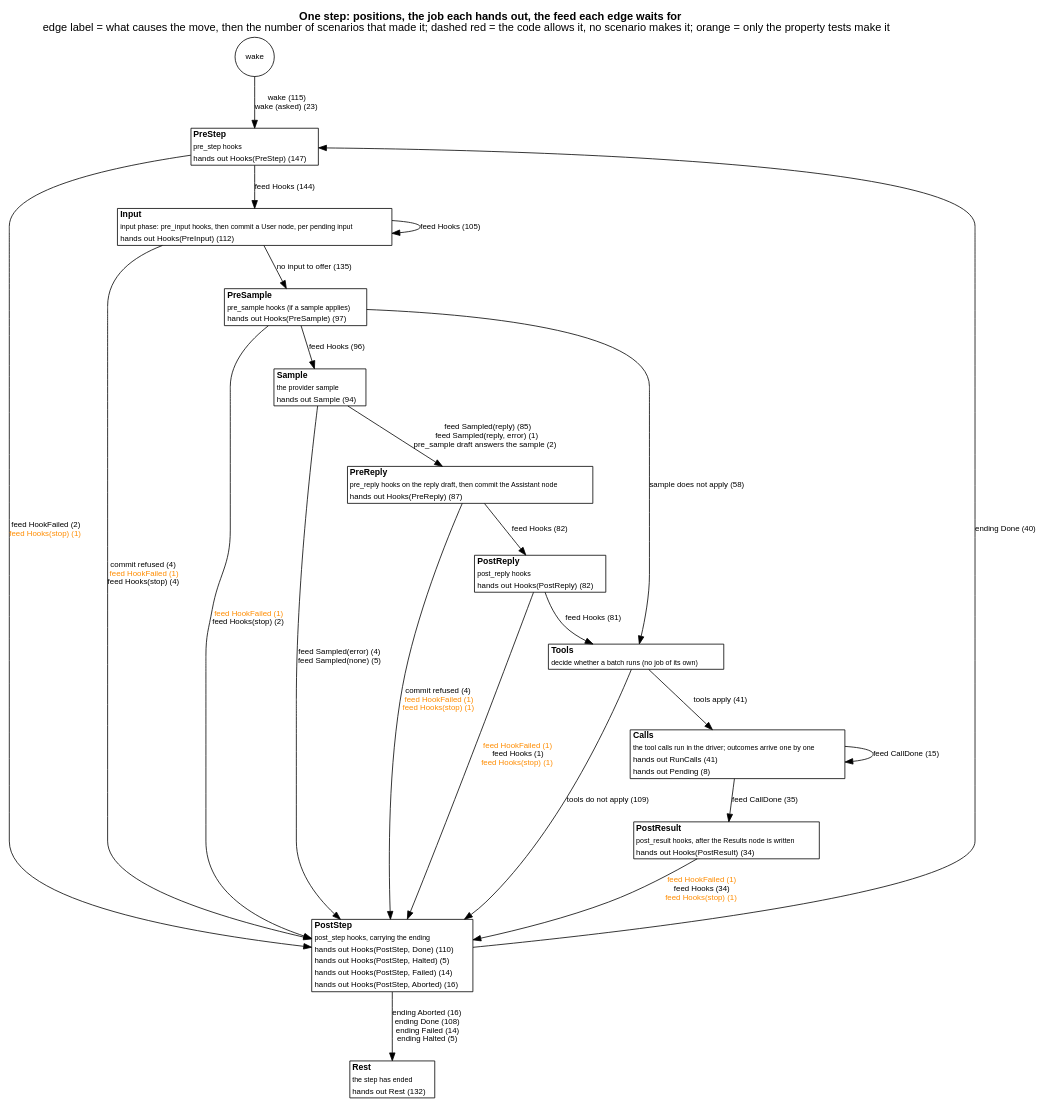
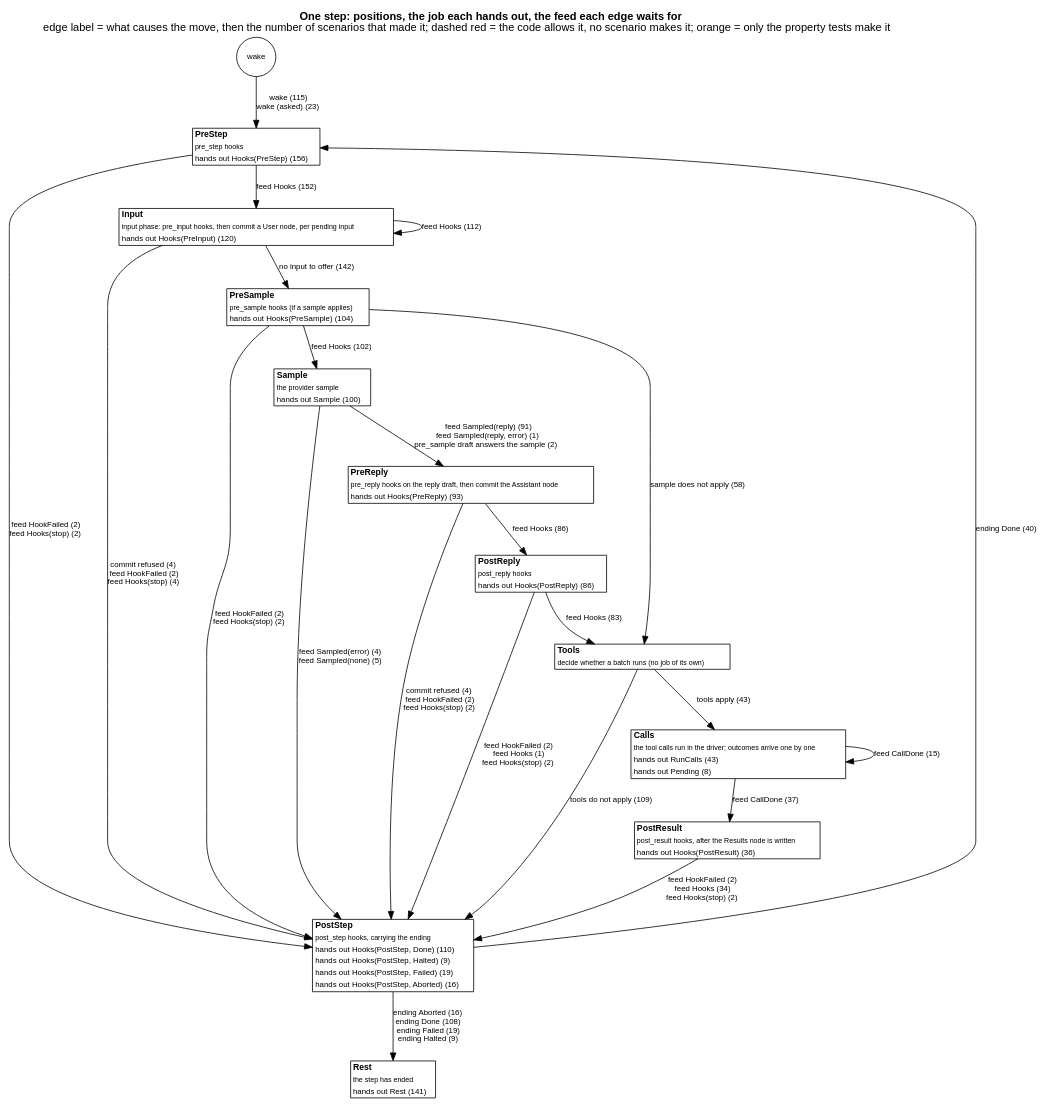
One commit to jmccardle/tau changed the diagram in docs/as-built/diagrams/step-positions.dot. Above: the diagram before and after it, drawn with Graphviz. The commit also changed 27 other files, not shown here.

First line of the commit message:
Wave 3 core: split Step::feed/job, extract Tree, named tests, drop _client

```diff
--- a/docs/as-built/diagrams/step-positions.dot
+++ b/docs/as-built/diagrams/step-positions.dot
@@ -1,40 +1,40 @@
 // Generated by scripts/diagrams.sh from the test suites' transitions. Do not edit.
 digraph step_positions {
   graph [rankdir=TB, fontname="Helvetica", nodesep=0.5, ranksep=0.6, labelloc=t, label=<<b>One step: positions, the job each hands out, the feed each edge waits for</b><br/>edge label = what causes the move, then the number of scenarios that made it; dashed red = the code allows it, no scenario makes it; orange = only the property tests make it>];
   node [shape=plain, fontname="Helvetica", fontsize=11];
   edge [fontname="Helvetica", fontsize=10];
   "(wake)" [shape=circle, label="wake", fontsize=10];
-  "PreStep" [label=<<table border="1" cellborder="0" cellspacing="0" bgcolor="white"><tr><td align="left"><b>PreStep</b></td></tr><tr><td align="left"><font point-size="9">pre_step hooks</font></td></tr><tr><td align="left"><font color="black" point-size="10">hands out Hooks(PreStep) (147)</font></td></tr></table>>];
-  "Input" [label=<<table border="1" cellborder="0" cellspacing="0" bgcolor="white"><tr><td align="left"><b>Input</b></td></tr><tr><td align="left"><font point-size="9">input phase: pre_input hooks, then commit a User node, per pending input</font></td></tr><tr><td align="left"><font color="black" point-size="10">hands out Hooks(PreInput) (112)</font></td></tr></table>>];
-  "PreSample" [label=<<table border="1" cellborder="0" cellspacing="0" bgcolor="white"><tr><td align="left"><b>PreSample</b></td></tr><tr><td align="left"><font point-size="9">pre_sample hooks (if a sample applies)</font></td></tr><tr><td align="left"><font color="black" point-size="10">hands out Hooks(PreSample) (97)</font></td></tr></table>>];
-  "Sample" [label=<<table border="1" cellborder="0" cellspacing="0" bgcolor="white"><tr><td align="left"><b>Sample</b></td></tr><tr><td align="left"><font point-size="9">the provider sample</font></td></tr><tr><td align="left"><font color="black" point-size="10">hands out Sample (94)</font></td></tr></table>>];
-  "PreReply" [label=<<table border="1" cellborder="0" cellspacing="0" bgcolor="white"><tr><td align="left"><b>PreReply</b></td></tr><tr><td align="left"><font point-size="9">pre_reply hooks on the reply draft, then commit the Assistant node</font></td></tr><tr><td align="left"><font color="black" point-size="10">hands out Hooks(PreReply) (87)</font></td></tr></table>>];
-  "PostReply" [label=<<table border="1" cellborder="0" cellspacing="0" bgcolor="white"><tr><td align="left"><b>PostReply</b></td></tr><tr><td align="left"><font point-size="9">post_reply hooks</font></td></tr><tr><td align="left"><font color="black" point-size="10">hands out Hooks(PostReply) (82)</font></td></tr></table>>];
+  "PreStep" [label=<<table border="1" cellborder="0" cellspacing="0" bgcolor="white"><tr><td align="left"><b>PreStep</b></td></tr><tr><td align="left"><font point-size="9">pre_step hooks</font></td></tr><tr><td align="left"><font color="black" point-size="10">hands out Hooks(PreStep) (156)</font></td></tr></table>>];
+  "Input" [label=<<table border="1" cellborder="0" cellspacing="0" bgcolor="white"><tr><td align="left"><b>Input</b></td></tr><tr><td align="left"><font point-size="9">input phase: pre_input hooks, then commit a User node, per pending input</font></td></tr><tr><td align="left"><font color="black" point-size="10">hands out Hooks(PreInput) (120)</font></td></tr></table>>];
+  "PreSample" [label=<<table border="1" cellborder="0" cellspacing="0" bgcolor="white"><tr><td align="left"><b>PreSample</b></td></tr><tr><td align="left"><font point-size="9">pre_sample hooks (if a sample applies)</font></td></tr><tr><td align="left"><font color="black" point-size="10">hands out Hooks(PreSample) (104)</font></td></tr></table>>];
+  "Sample" [label=<<table border="1" cellborder="0" cellspacing="0" bgcolor="white"><tr><td align="left"><b>Sample</b></td></tr><tr><td align="left"><font point-size="9">the provider sample</font></td></tr><tr><td align="left"><font color="black" point-size="10">hands out Sample (100)</font></td></tr></table>>];
+  "PreReply" [label=<<table border="1" cellborder="0" cellspacing="0" bgcolor="white"><tr><td align="left"><b>PreReply</b></td></tr><tr><td align="left"><font point-size="9">pre_reply hooks on the reply draft, then commit the Assistant node</font></td></tr><tr><td align="left"><font color="black" point-size="10">hands out Hooks(PreReply) (93)</font></td></tr></table>>];
+  "PostReply" [label=<<table border="1" cellborder="0" cellspacing="0" bgcolor="white"><tr><td align="left"><b>PostReply</b></td></tr><tr><td align="left"><font point-size="9">post_reply hooks</font></td></tr><tr><td align="left"><font color="black" point-size="10">hands out Hooks(PostReply) (86)</font></td></tr></table>>];
   "Tools" [label=<<table border="1" cellborder="0" cellspacing="0" bgcolor="white"><tr><td align="left"><b>Tools</b></td></tr><tr><td align="left"><font point-size="9">decide whether a batch runs (no job of its own)</font></td></tr></table>>];
-  "Calls" [label=<<table border="1" cellborder="0" cellspacing="0" bgcolor="white"><tr><td align="left"><b>Calls</b></td></tr><tr><td align="left"><font point-size="9">the tool calls run in the driver; outcomes arrive one by one</font></td></tr><tr><td align="left"><font color="black" point-size="10">hands out RunCalls (41)</font></td></tr><tr><td align="left"><font color="black" point-size="10">hands out Pending (8)</font></td></tr></table>>];
-  "PostResult" [label=<<table border="1" cellborder="0" cellspacing="0" bgcolor="white"><tr><td align="left"><b>PostResult</b></td></tr><tr><td align="left"><font point-size="9">post_result hooks, after the Results node is written</font></td></tr><tr><td align="left"><font color="black" point-size="10">hands out Hooks(PostResult) (34)</font></td></tr></table>>];
-  "PostStep" [label=<<table border="1" cellborder="0" cellspacing="0" bgcolor="white"><tr><td align="left"><b>PostStep</b></td></tr><tr><td align="left"><font point-size="9">post_step hooks, carrying the ending</font></td></tr><tr><td align="left"><font color="black" point-size="10">hands out Hooks(PostStep, Done) (110)</font></td></tr><tr><td align="left"><font color="black" point-size="10">hands out Hooks(PostStep, Halted) (5)</font></td></tr><tr><td align="left"><font color="black" point-size="10">hands out Hooks(PostStep, Failed) (14)</font></td></tr><tr><td align="left"><font color="black" point-size="10">hands out Hooks(PostStep, Aborted) (16)</font></td></tr></table>>];
-  "Rest" [label=<<table border="1" cellborder="0" cellspacing="0" bgcolor="white"><tr><td align="left"><b>Rest</b></td></tr><tr><td align="left"><font point-size="9">the step has ended</font></td></tr><tr><td align="left"><font color="black" point-size="10">hands out Rest (132)</font></td></tr></table>>];
+  "Calls" [label=<<table border="1" cellborder="0" cellspacing="0" bgcolor="white"><tr><td align="left"><b>Calls</b></td></tr><tr><td align="left"><font point-size="9">the tool calls run in the driver; outcomes arrive one by one</font></td></tr><tr><td align="left"><font color="black" point-size="10">hands out RunCalls (43)</font></td></tr><tr><td align="left"><font color="black" point-size="10">hands out Pending (8)</font></td></tr></table>>];
+  "PostResult" [label=<<table border="1" cellborder="0" cellspacing="0" bgcolor="white"><tr><td align="left"><b>PostResult</b></td></tr><tr><td align="left"><font point-size="9">post_result hooks, after the Results node is written</font></td></tr><tr><td align="left"><font color="black" point-size="10">hands out Hooks(PostResult) (36)</font></td></tr></table>>];
+  "PostStep" [label=<<table border="1" cellborder="0" cellspacing="0" bgcolor="white"><tr><td align="left"><b>PostStep</b></td></tr><tr><td align="left"><font point-size="9">post_step hooks, carrying the ending</font></td></tr><tr><td align="left"><font color="black" point-size="10">hands out Hooks(PostStep, Done) (110)</font></td></tr><tr><td align="left"><font color="black" point-size="10">hands out Hooks(PostStep, Halted) (9)</font></td></tr><tr><td align="left"><font color="black" point-size="10">hands out Hooks(PostStep, Failed) (19)</font></td></tr><tr><td align="left"><font color="black" point-size="10">hands out Hooks(PostStep, Aborted) (16)</font></td></tr></table>>];
+  "Rest" [label=<<table border="1" cellborder="0" cellspacing="0" bgcolor="white"><tr><td align="left"><b>Rest</b></td></tr><tr><td align="left"><font point-size="9">the step has ended</font></td></tr><tr><td align="left"><font color="black" point-size="10">hands out Rest (141)</font></td></tr></table>>];
   "(wake)" -> "PreStep" [label=<wake (115)<br/>wake (asked) (23)>, color="black", style=solid];
   "Calls" -> "Calls" [label=<feed CallDone (15)>, color="black", style=solid];
-  "Calls" -> "PostResult" [label=<feed CallDone (35)>, color="black", style=solid];
-  "Input" -> "Input" [label=<feed Hooks (105)>, color="black", style=solid];
-  "Input" -> "PostStep" [label=<commit refused (4)<br/><font color="darkorange">feed HookFailed (1)</font><br/>feed Hooks(stop) (4)>, color="black", style=solid];
-  "Input" -> "PreSample" [label=<no input to offer (135)>, color="black", style=solid];
-  "PostReply" -> "PostStep" [label=<<font color="darkorange">feed HookFailed (1)</font><br/>feed Hooks (1)<br/><font color="darkorange">feed Hooks(stop) (1)</font>>, color="black", style=solid];
-  "PostReply" -> "Tools" [label=<feed Hooks (81)>, color="black", style=solid];
-  "PostResult" -> "PostStep" [label=<<font color="darkorange">feed HookFailed (1)</font><br/>feed Hooks (34)<br/><font color="darkorange">feed Hooks(stop) (1)</font>>, color="black", style=solid];
+  "Calls" -> "PostResult" [label=<feed CallDone (37)>, color="black", style=solid];
+  "Input" -> "Input" [label=<feed Hooks (112)>, color="black", style=solid];
+  "Input" -> "PostStep" [label=<commit refused (4)<br/>feed HookFailed (2)<br/>feed Hooks(stop) (4)>, color="black", style=solid];
+  "Input" -> "PreSample" [label=<no input to offer (142)>, color="black", style=solid];
+  "PostReply" -> "PostStep" [label=<feed HookFailed (2)<br/>feed Hooks (1)<br/>feed Hooks(stop) (2)>, color="black", style=solid];
+  "PostReply" -> "Tools" [label=<feed Hooks (83)>, color="black", style=solid];
+  "PostResult" -> "PostStep" [label=<feed HookFailed (2)<br/>feed Hooks (34)<br/>feed Hooks(stop) (2)>, color="black", style=solid];
   "PostStep" -> "PreStep" [label=<ending Done (40)>, color="black", style=solid];
-  "PostStep" -> "Rest" [label=<ending Aborted (16)<br/>ending Done (108)<br/>ending Failed (14)<br/>ending Halted (5)>, color="black", style=solid];
-  "PreReply" -> "PostReply" [label=<feed Hooks (82)>, color="black", style=solid];
-  "PreReply" -> "PostStep" [label=<commit refused (4)<br/><font color="darkorange">feed HookFailed (1)</font><br/><font color="darkorange">feed Hooks(stop) (1)</font>>, color="black", style=solid];
-  "PreSample" -> "PostStep" [label=<<font color="darkorange">feed HookFailed (1)</font><br/>feed Hooks(stop) (2)>, color="black", style=solid];
-  "PreSample" -> "Sample" [label=<feed Hooks (96)>, color="black", style=solid];
+  "PostStep" -> "Rest" [label=<ending Aborted (16)<br/>ending Done (108)<br/>ending Failed (19)<br/>ending Halted (9)>, color="black", style=solid];
+  "PreReply" -> "PostReply" [label=<feed Hooks (86)>, color="black", style=solid];
+  "PreReply" -> "PostStep" [label=<commit refused (4)<br/>feed HookFailed (2)<br/>feed Hooks(stop) (2)>, color="black", style=solid];
+  "PreSample" -> "PostStep" [label=<feed HookFailed (2)<br/>feed Hooks(stop) (2)>, color="black", style=solid];
+  "PreSample" -> "Sample" [label=<feed Hooks (102)>, color="black", style=solid];
   "PreSample" -> "Tools" [label=<sample does not apply (58)>, color="black", style=solid];
-  "PreStep" -> "Input" [label=<feed Hooks (144)>, color="black", style=solid];
-  "PreStep" -> "PostStep" [label=<feed HookFailed (2)<br/><font color="darkorange">feed Hooks(stop) (1)</font>>, color="black", style=solid];
+  "PreStep" -> "Input" [label=<feed Hooks (152)>, color="black", style=solid];
+  "PreStep" -> "PostStep" [label=<feed HookFailed (2)<br/>feed Hooks(stop) (2)>, color="black", style=solid];
   "Sample" -> "PostStep" [label=<feed Sampled(error) (4)<br/>feed Sampled(none) (5)>, color="black", style=solid];
-  "Sample" -> "PreReply" [label=<feed Sampled(reply) (85)<br/>feed Sampled(reply, error) (1)<br/>pre_sample draft answers the sample (2)>, color="black", style=solid];
-  "Tools" -> "Calls" [label=<tools apply (41)>, color="black", style=solid];
+  "Sample" -> "PreReply" [label=<feed Sampled(reply) (91)<br/>feed Sampled(reply, error) (1)<br/>pre_sample draft answers the sample (2)>, color="black", style=solid];
+  "Tools" -> "Calls" [label=<tools apply (43)>, color="black", style=solid];
   "Tools" -> "PostStep" [label=<tools do not apply (109)>, color="black", style=solid];
 }
```
